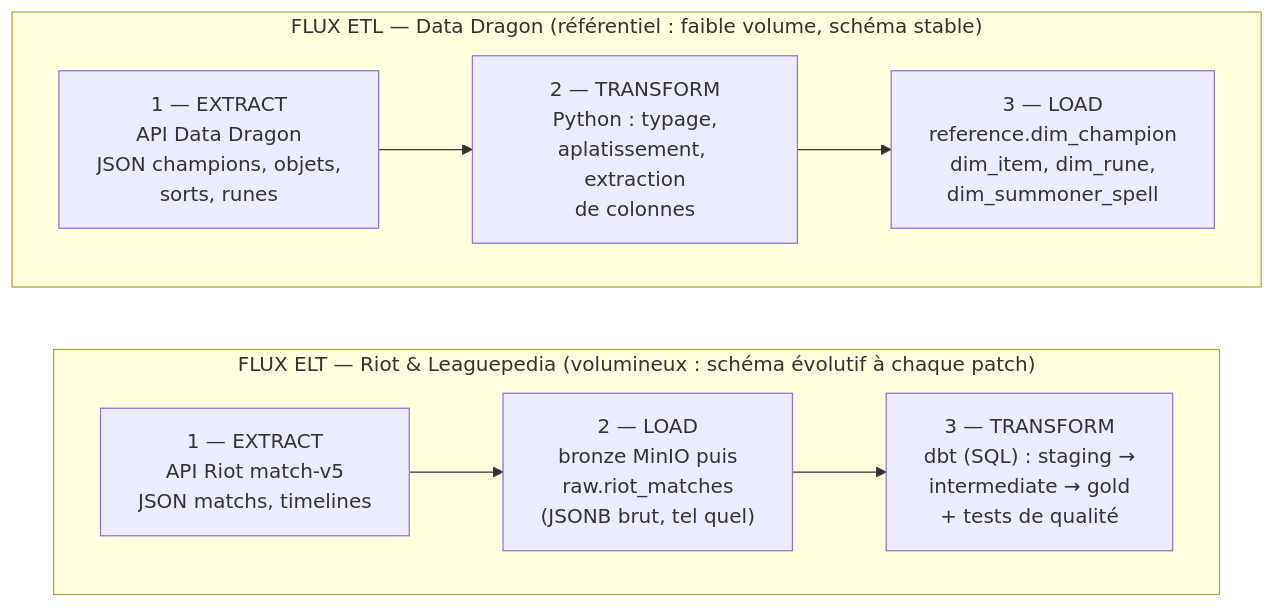
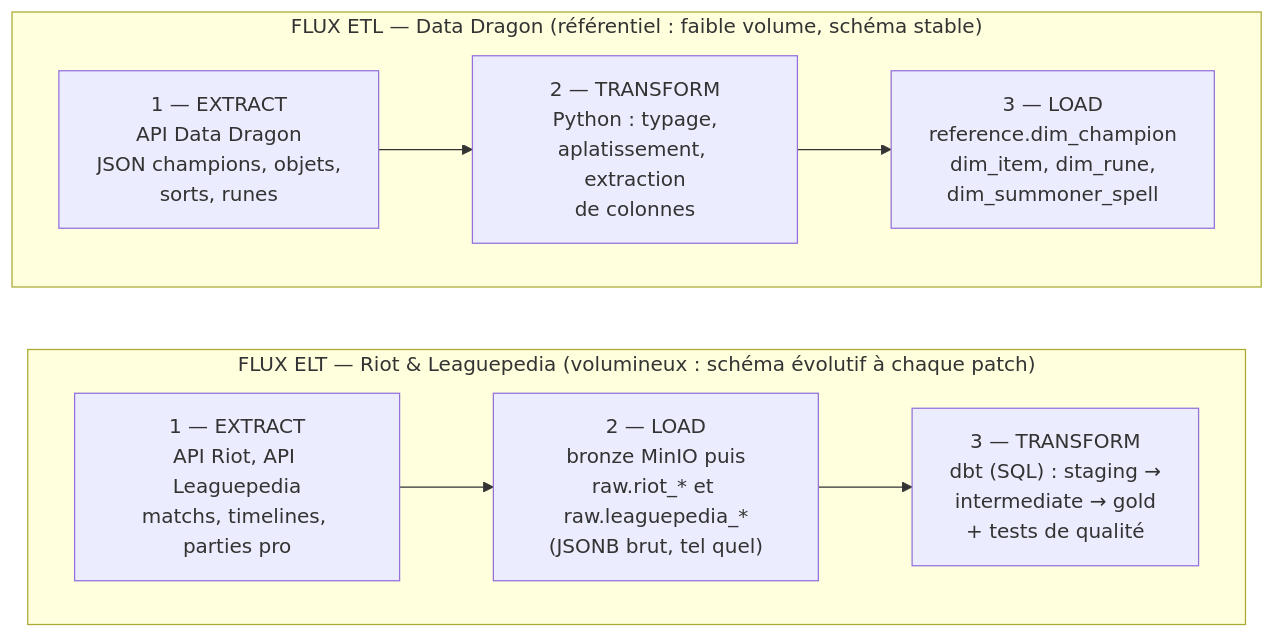
The second of 3 diagrams in README.md (Randil12/MyLeague), drawn with Mermaid before and after one commit. The commit also changed other lines of this file, not shown here.

````diff
--- a/README.md
+++ b/README.md
@@ -53,20 +66,20 @@
 ```mermaid
 flowchart TB
     subgraph ETL["FLUX ETL — Data Dragon (référentiel : faible volume, schéma stable)"]
         direction LR
         E1["1 — EXTRACT<br/>API Data Dragon<br/>JSON champions, objets,<br/>sorts, runes"]
         E2["2 — TRANSFORM<br/>Python : typage,<br/>aplatissement, extraction<br/>de colonnes"]
         E3["3 — LOAD<br/>reference.dim_champion<br/>dim_item, dim_rune,<br/>dim_summoner_spell"]
         E1 --> E2 --> E3
     end
 
     subgraph ELT["FLUX ELT — Riot & Leaguepedia (volumineux : schéma évolutif à chaque patch)"]
         direction LR
-        L1["1 — EXTRACT<br/>API Riot match-v5<br/>JSON matchs, timelines"]
-        L2["2 — LOAD<br/>bronze MinIO puis<br/>raw.riot_matches<br/>(JSONB brut, tel quel)"]
+        L1["1 — EXTRACT<br/>API Riot, API Leaguepedia<br/>matchs, timelines, parties pro"]
+        L2["2 — LOAD<br/>bronze MinIO puis<br/>raw.riot_* et raw.leaguepedia_*<br/>(JSONB brut, tel quel)"]
         L3["3 — TRANSFORM<br/>dbt (SQL) : staging →<br/>intermediate → gold<br/>+ tests de qualité"]
         L1 --> L2 --> L3
     end
 
     ETL ~~~ ELT
 ```
````
